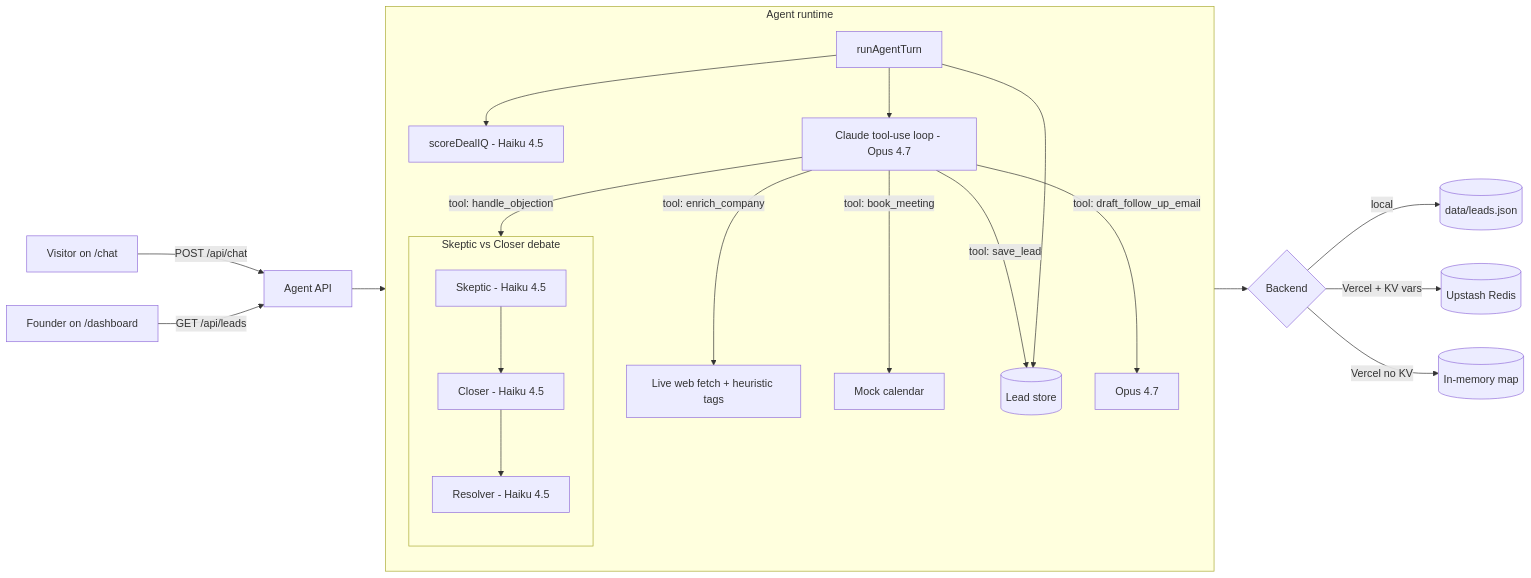
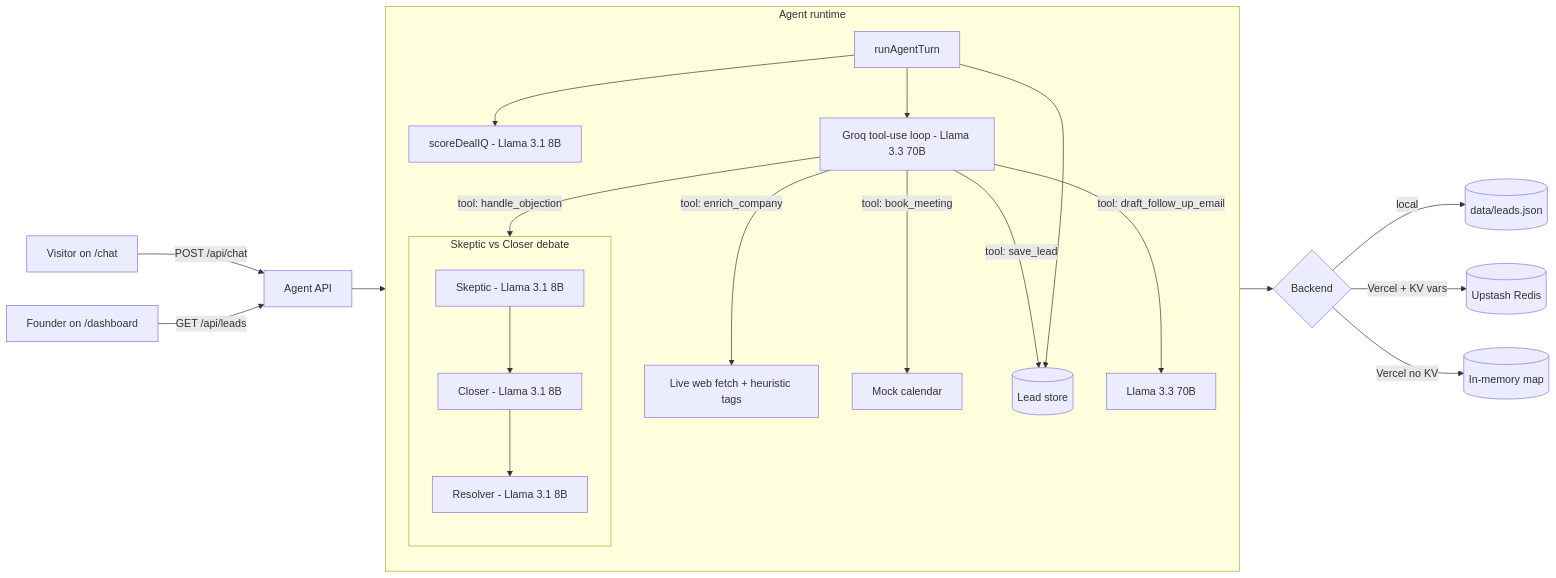
Before and after one commit to NoumanS-20/closrai: the first of 2 diagrams in docs/ARCHITECTURE.md, drawn with Mermaid. The commit also changed other lines of this file and 8 other files, not shown here.

````diff
--- a/docs/ARCHITECTURE.md
+++ b/docs/ARCHITECTURE.md
@@ -9,30 +9,30 @@
 ```mermaid
 flowchart LR
   Visitor[Visitor on /chat] -->|POST /api/chat| API[Agent API]
   Founder[Founder on /dashboard] -->|GET /api/leads| API
 
   subgraph Agent_Runtime[Agent runtime]
     direction TB
-    Turn[runAgentTurn] --> Score[scoreDealIQ - Haiku 4.5]
-    Turn --> Loop[Claude tool-use loop - Opus 4.7]
+    Turn[runAgentTurn] --> Score[scoreDealIQ - Llama 3.1 8B]
+    Turn --> Loop[Groq tool-use loop - Llama 3.3 70B]
     Loop -->|tool: enrich_company| Enrich[Live web fetch + heuristic tags]
     Loop -->|tool: handle_objection| Debate
     Loop -->|tool: book_meeting| Cal[Mock calendar]
     Loop -->|tool: save_lead| Store
-    Loop -->|tool: draft_follow_up_email| Email[Opus 4.7]
+    Loop -->|tool: draft_follow_up_email| Email[Llama 3.3 70B]
     subgraph Debate[Skeptic vs Closer debate]
       direction TB
-      Skeptic[Skeptic - Haiku 4.5]
-      Closer[Closer - Haiku 4.5]
-      Resolver[Resolver - Haiku 4.5]
+      Skeptic[Skeptic - Llama 3.1 8B]
+      Closer[Closer - Llama 3.1 8B]
+      Resolver[Resolver - Llama 3.1 8B]
       Skeptic --> Closer --> Resolver
     end
     Turn --> Store[(Lead store)]
   end
 
   API --> Turn
   Store --> Backend{Backend}
   Backend -->|local| File[(data/leads.json)]
   Backend -->|Vercel + KV vars| Upstash[(Upstash Redis)]
   Backend -->|Vercel no KV| Mem[(In-memory map)]
 ```
````
